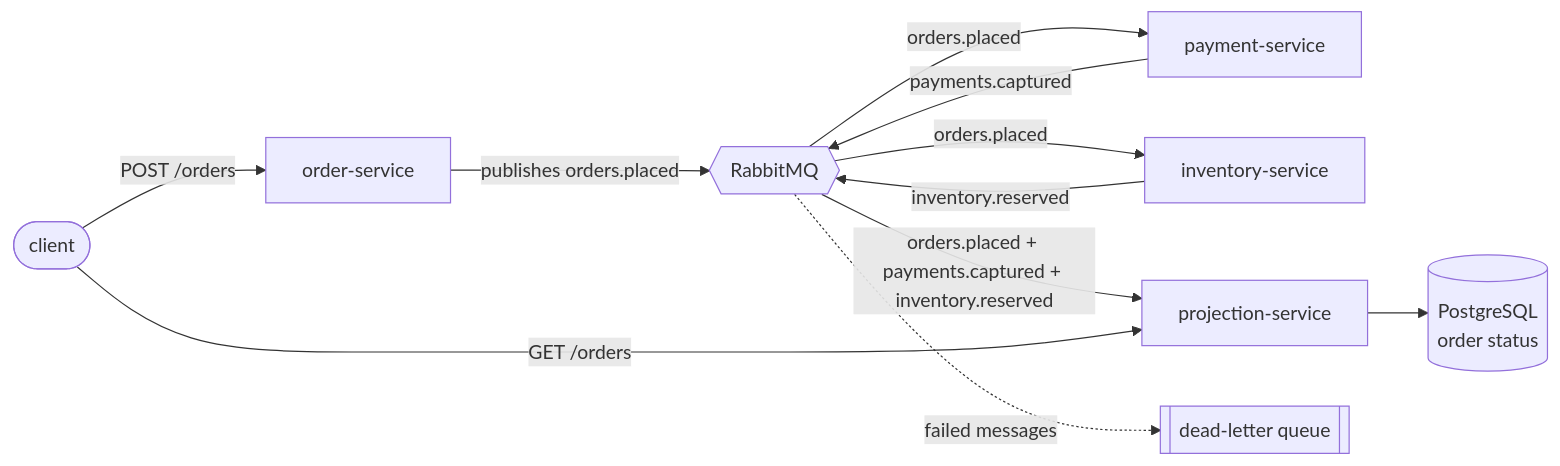
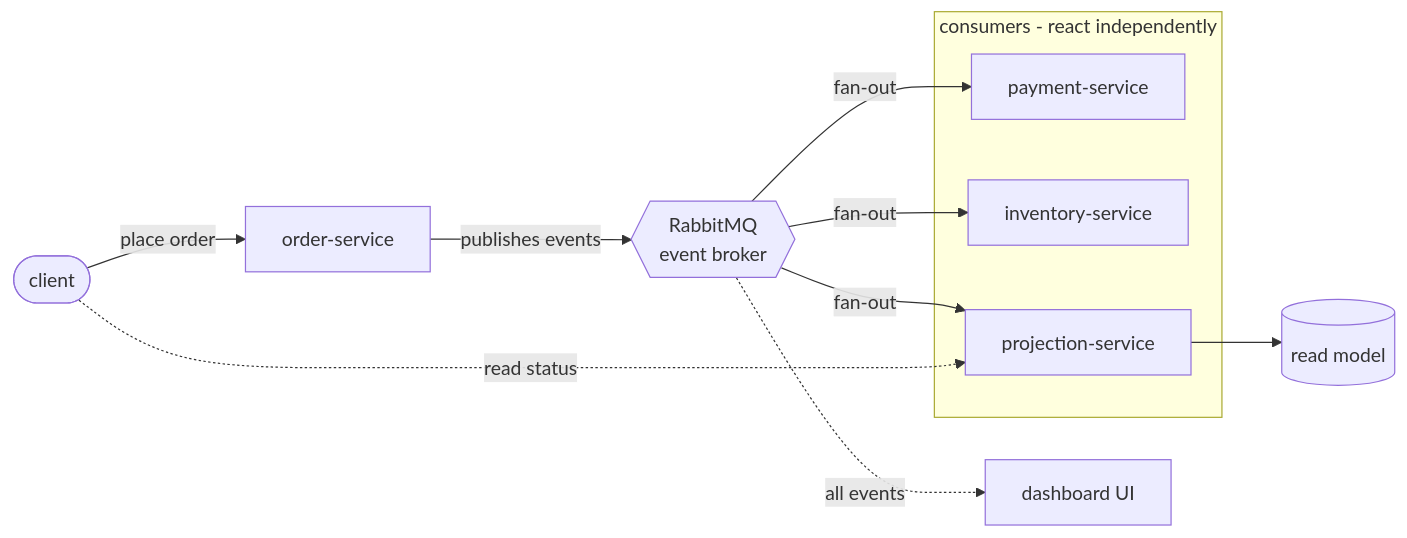
Before and after one commit to berTrindade/event-driven-architecture-demo: the diagram in README.md, drawn with Mermaid. The commit also changed other lines of this file and 4 other files, not shown here.

First line of the commit message:
feat: add a live dashboard for the architecture and its events

````diff
--- a/README.md
+++ b/README.md
@@ -5,19 +5,23 @@
 ```mermaid
 flowchart LR
     client([client])
+    order[order-service]
+    mq{{RabbitMQ<br/>event broker}}
+    pg[(read model)]
 
-    client -->|POST /orders| order[order-service]
-    order -->|publishes orders.placed| mq{{RabbitMQ}}
+    client -->|place order| order
+    order -->|publishes events| mq
 
-    mq -->|orders.placed| pay[payment-service]
-    mq -->|orders.placed| inv[inventory-service]
+    subgraph consumers [consumers - react independently]
+        pay[payment-service]
+        inv[inventory-service]
+        proj[projection-service]
+    end
 
-    pay -->|payments.captured| mq
-    inv -->|inventory.reserved| mq
-
-    mq -->|orders.placed + payments.captured + inventory.reserved| proj[projection-service]
-    proj --> pg[(PostgreSQL<br/>order status)]
-    client -->|GET /orders| proj
-
-    mq -.->|failed messages| dlq[[dead-letter queue]]
+    mq -->|fan-out| pay
+    mq -->|fan-out| inv
+    mq -->|fan-out| proj
+    proj --> pg
+    client -.->|read status| proj
+    mq -.->|all events| ui[dashboard UI]
 ```
````
